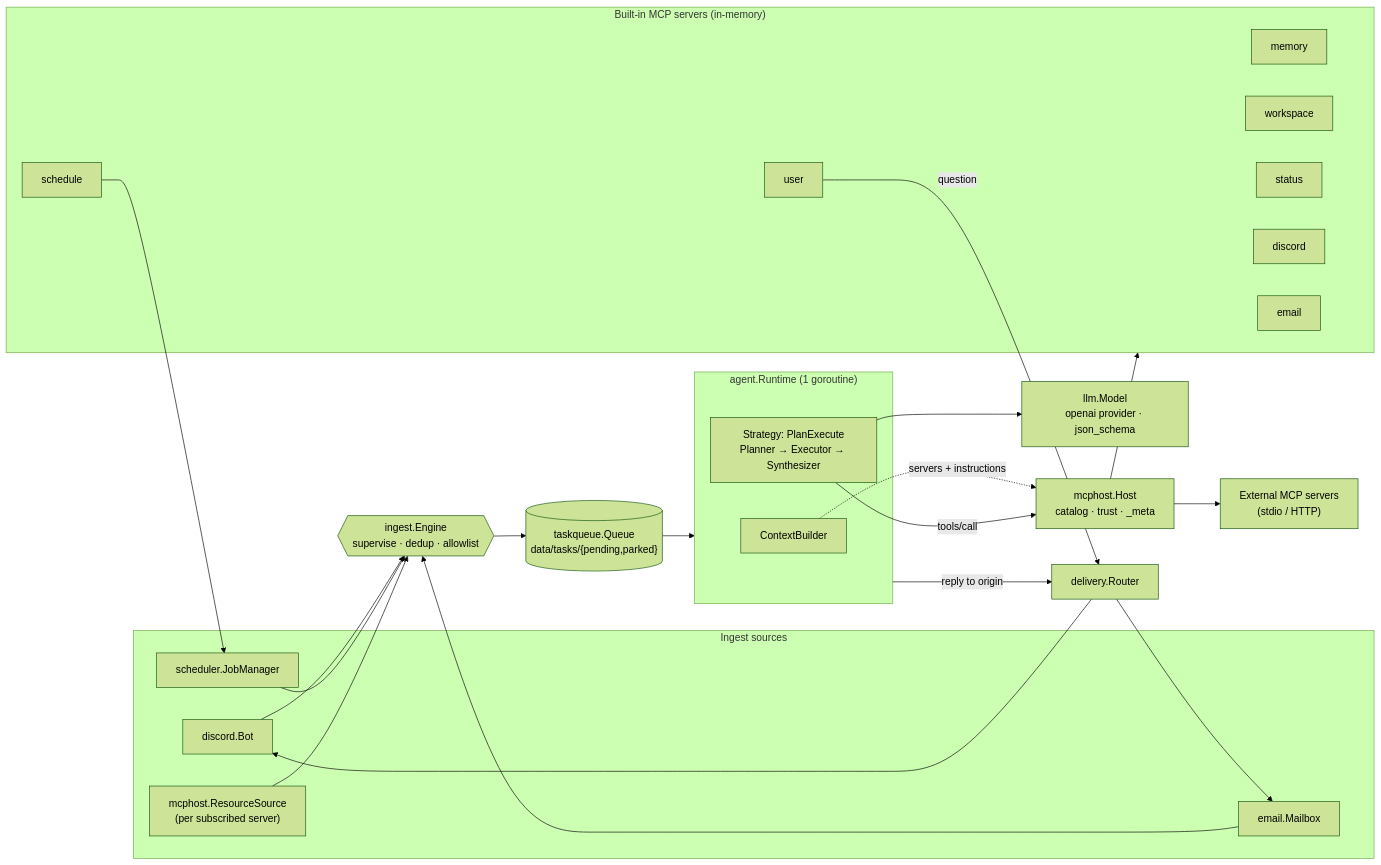
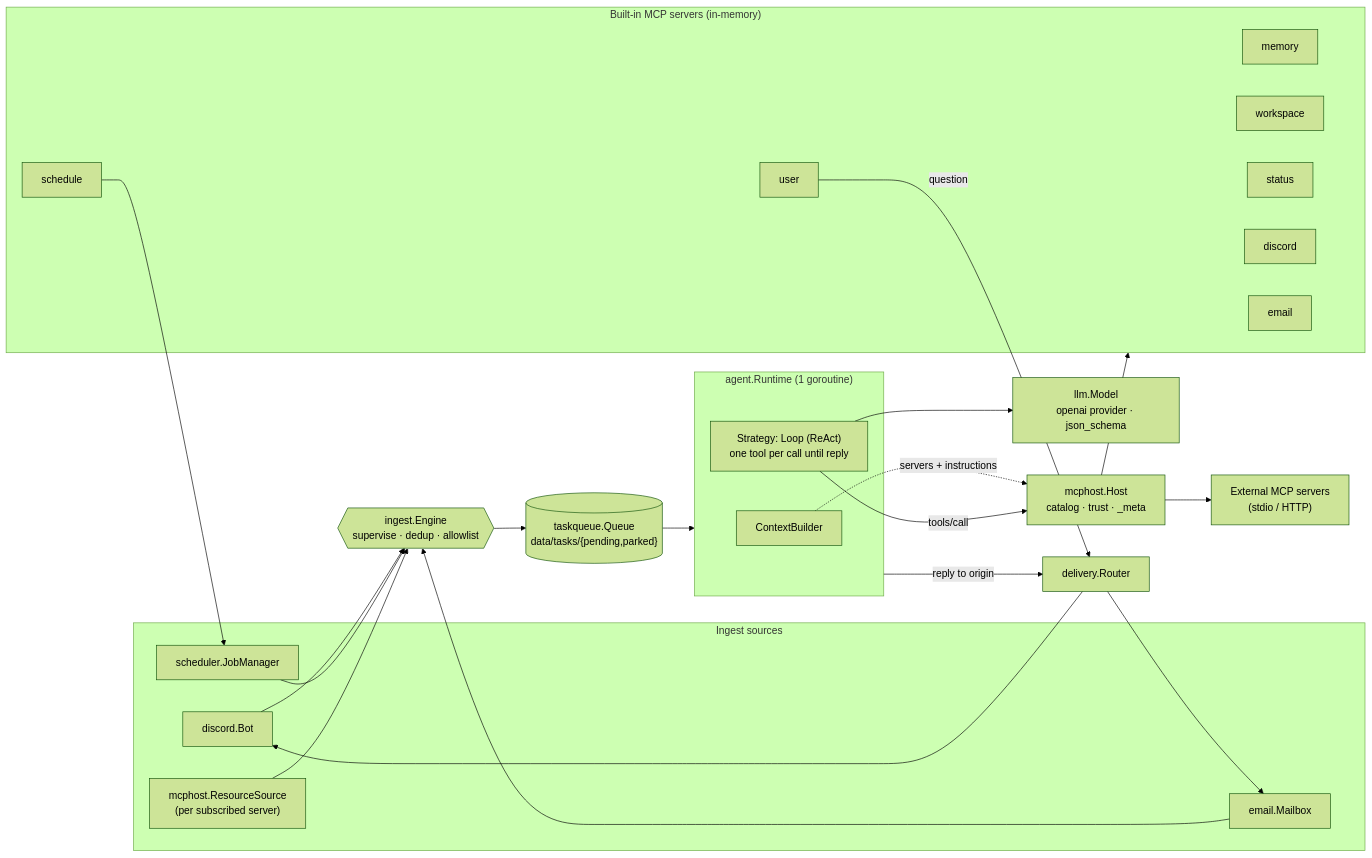
The diagram in .claude/DESIGN.md (runyanjake/tobee), drawn with Mermaid (forest theme) before and after one commit. The commit also changed other lines of this file and 34 other files, not shown here.

````diff
--- a/.claude/DESIGN.md
+++ b/.claude/DESIGN.md
@@ -16,39 +16,39 @@
 ```mermaid
 flowchart LR
     subgraph sources["Ingest sources"]
         discordSrc["discord.Bot"]
         emailSrc["email.Mailbox"]
         jobs["scheduler.JobManager"]
         resSrc["mcphost.ResourceSource<br/>(per subscribed server)"]
     end
     engine{{"ingest.Engine<br/>supervise · dedup · allowlist"}}
     queue[("taskqueue.Queue<br/>data/tasks/{pending,parked}")]
     subgraph core["agent.Runtime (1 goroutine)"]
         ctxb["ContextBuilder"]
-        strat["Strategy: PlanExecute<br/>Planner → Executor → Synthesizer"]
+        strat["Strategy: Loop (ReAct)<br/>one tool per call until reply"]
     end
     llm["llm.Model<br/>openai provider · json_schema"]
     host["mcphost.Host<br/>catalog · trust · _meta"]
     subgraph builtin["Built-in MCP servers (in-memory)"]
         mem["memory"]
         ws["workspace"]
         sch["schedule"]
         st["status"]
         usr["user"]
         dsrv["discord"]
         esrv["email"]
     end
     ext["External MCP servers<br/>(stdio / HTTP)"]
     out["delivery.Router"]
 
     discordSrc & emailSrc & jobs & resSrc --> engine --> queue --> core
     ctxb -.->|servers + instructions| host
     strat --> llm
     strat -->|tools/call| host
     host --> builtin
     host --> ext
     sch --> jobs
     usr -->|question| out
     core -->|reply to origin| out
     out --> discordSrc & emailSrc
 ```
````
